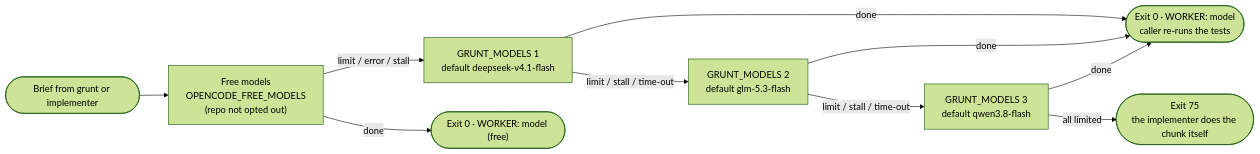
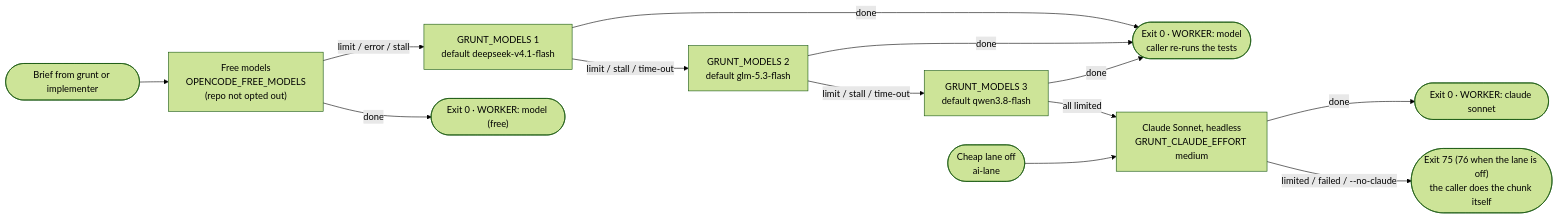
One commit to mrkpatchaa/dotfiles changed the sixth of 9 diagrams in claude/ARCHITECTURE.md. Above: the diagram before and after it, drawn with Mermaid (forest theme). The commit also changed other lines of this file and 10 other files, not shown here.

First line of the commit message:
feat(ai): 0.14.2 — Sonnet takes the rote chunks when the cheap lane is off

````diff
--- a/claude/ARCHITECTURE.md
+++ b/claude/ARCHITECTURE.md
@@ -208,10 +208,13 @@
 ```mermaid
 flowchart LR
   B(["Brief from grunt or implementer"]) --> L0["Free models<br/>OPENCODE_FREE_MODELS<br/>(repo not opted out)"]
   L0 -->|"limit / error / stall"| L1["GRUNT_MODELS 1<br/>default deepseek-v4.1-flash"]
   L1 -->|"limit / stall / time-out"| L2["GRUNT_MODELS 2<br/>default glm-5.3-flash"]
   L2 -->|"limit / stall / time-out"| L3["GRUNT_MODELS 3<br/>default qwen3.8-flash"]
   L0 -->|done| WF(["Exit 0 · WORKER: model (free)"])
   L1 & L2 & L3 -->|done| W(["Exit 0 · WORKER: model<br/>caller re-runs the tests"])
-  L3 -->|"all limited"| X(["Exit 75<br/>the implementer does the chunk itself"])
+  L3 -->|"all limited"| C["Claude Sonnet, headless<br/>GRUNT_CLAUDE_EFFORT medium"]
+  OFF(["Cheap lane off<br/>ai-lane"]) --> C
+  C -->|done| WC(["Exit 0 · WORKER: claude sonnet"])
+  C -->|"limited / failed / --no-claude"| X(["Exit 75 (76 when the lane is off)<br/>the caller does the chunk itself"])
 ```
````
